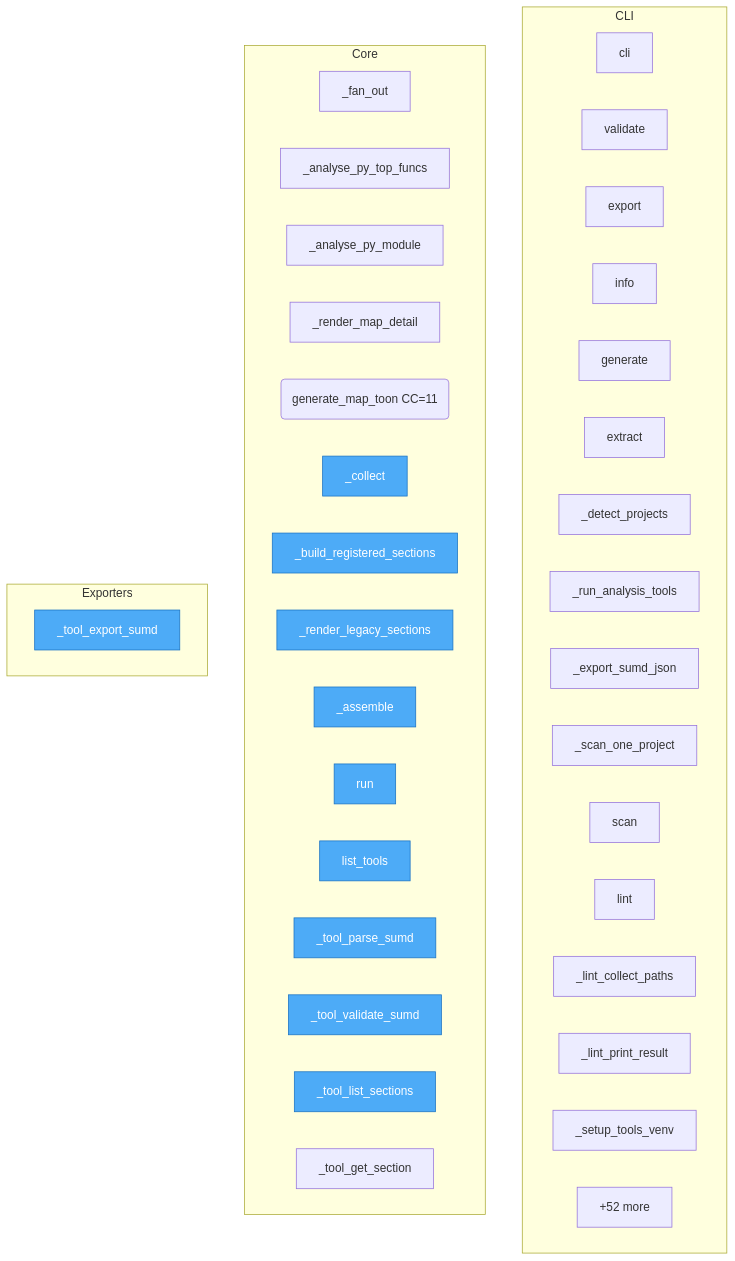
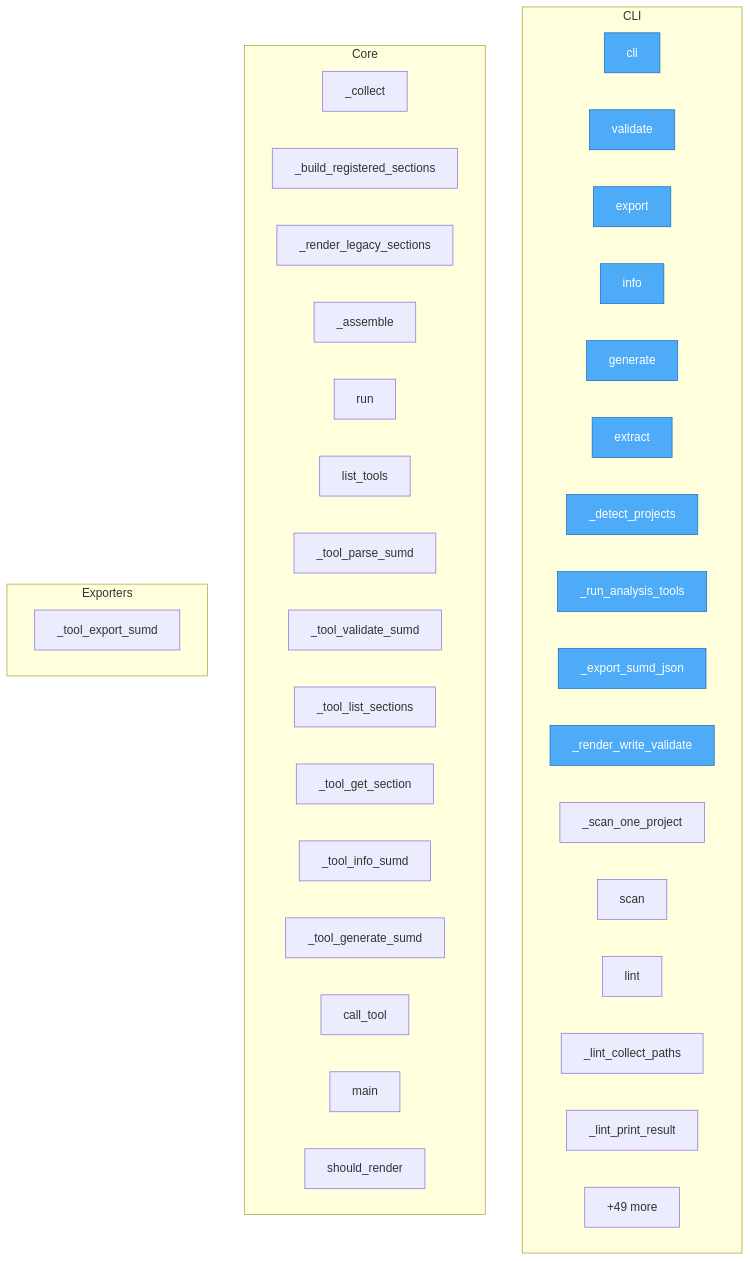
The diagram in project/flow.mmd (oqlos/statement), drawn with Mermaid before and after one commit. The commit also changed 36 other files, not shown here.

```diff
--- a/project/flow.mmd
+++ b/project/flow.mmd
@@ -1,48 +1,48 @@
 flowchart TD
 
     %% Entry points (blue)
     classDef entry fill:#4dabf7,stroke:#1971c2,color:#fff
 
     subgraph CLI
         sumd__cli__cli["cli"]
         sumd__cli__validate["validate"]
         sumd__cli__export["export"]
         sumd__cli__info["info"]
         sumd__cli__generate["generate"]
         sumd__cli__extract["extract"]
         sumd__cli___detect_projects["_detect_projects"]
         sumd__cli___run_analysis_tools["_run_analysis_tools"]
         sumd__cli___export_sumd_json["_export_sumd_json"]
+        sumd__cli___render_write_validate["_render_write_validate"]
         sumd__cli___scan_one_project["_scan_one_project"]
         sumd__cli__scan["scan"]
         sumd__cli__lint["lint"]
         sumd__cli___lint_collect_paths["_lint_collect_paths"]
         sumd__cli___lint_print_result["_lint_print_result"]
-        sumd__cli___setup_tools_venv["_setup_tools_venv"]
-        ...["+12 more"]
+        ...["+13 more"]
     end
 
     subgraph Core
-        sumd__extractor___fan_out["_fan_out"]
-        sumd__extractor___analyse_py_top_funcs["_analyse_py_top_funcs"]
-        sumd__extractor___analyse_py_module["_analyse_py_module"]
-        sumd__extractor___render_map_detail["_render_map_detail"]
-        sumd__extractor__generate_map_toon("generate_map_toon CC=11")
         sumd__pipeline__RenderPipeline___collect["_collect"]
         sumd__pipeline__RenderPipeline___build_registered_sections["_build_registered_sections"]
         sumd__pipeline__RenderPipeline___render_legacy_sections["_render_legacy_sections"]
         sumd__pipeline__RenderPipeline___assemble["_assemble"]
         sumd__pipeline__RenderPipeline__run["run"]
         sumd__mcp_server__list_tools["list_tools"]
         sumd__mcp_server___tool_parse_sumd["_tool_parse_sumd"]
         sumd__mcp_server___tool_validate_sumd["_tool_validate_sumd"]
         sumd__mcp_server___tool_list_sections["_tool_list_sections"]
         sumd__mcp_server___tool_get_section["_tool_get_section"]
-        ...["+52 more"]
+        sumd__mcp_server___tool_info_sumd["_tool_info_sumd"]
+        sumd__mcp_server___tool_generate_sumd["_tool_generate_sumd"]
+        sumd__mcp_server__call_tool["call_tool"]
+        sumd__mcp_server__main["main"]
+        sumd__sections__interfaces__InterfacesSection__should_render["should_render"]
+        ...["+49 more"]
     end
 
     subgraph Exporters
         sumd__mcp_server___tool_export_sumd["_tool_export_sumd"]
     end
 
-    class sumd__pipeline__RenderPipeline___collect,sumd__pipeline__RenderPipeline___build_registered_sections,sumd__pipeline__RenderPipeline___render_legacy_sections,sumd__pipeline__RenderPipeline___assemble,sumd__pipeline__RenderPipeline__run,sumd__mcp_server__list_tools,sumd__mcp_server___tool_parse_sumd,sumd__mcp_server___tool_validate_sumd,sumd__mcp_server___tool_export_sumd,sumd__mcp_server___tool_list_sections entry
+    class sumd__cli__cli,sumd__cli__validate,sumd__cli__export,sumd__cli__info,sumd__cli__generate,sumd__cli__extract,sumd__cli___detect_projects,sumd__cli___run_analysis_tools,sumd__cli___export_sumd_json,sumd__cli___render_write_validate entry
```
